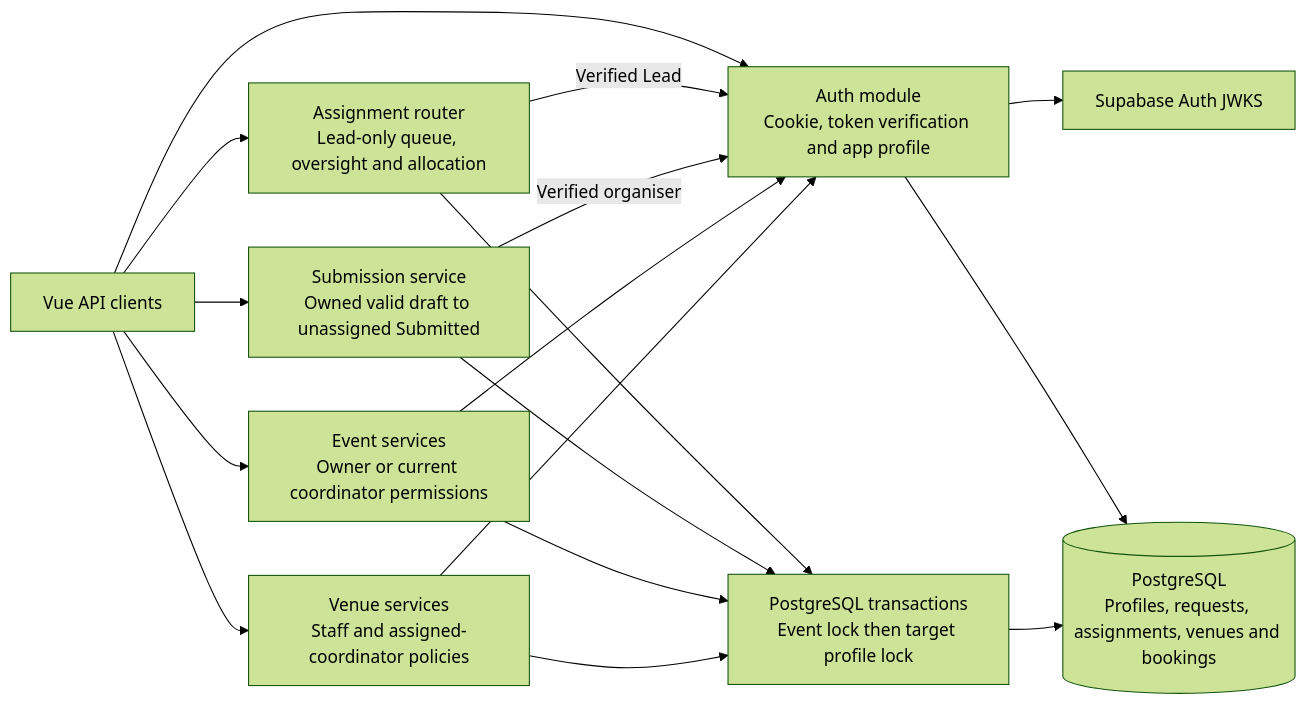
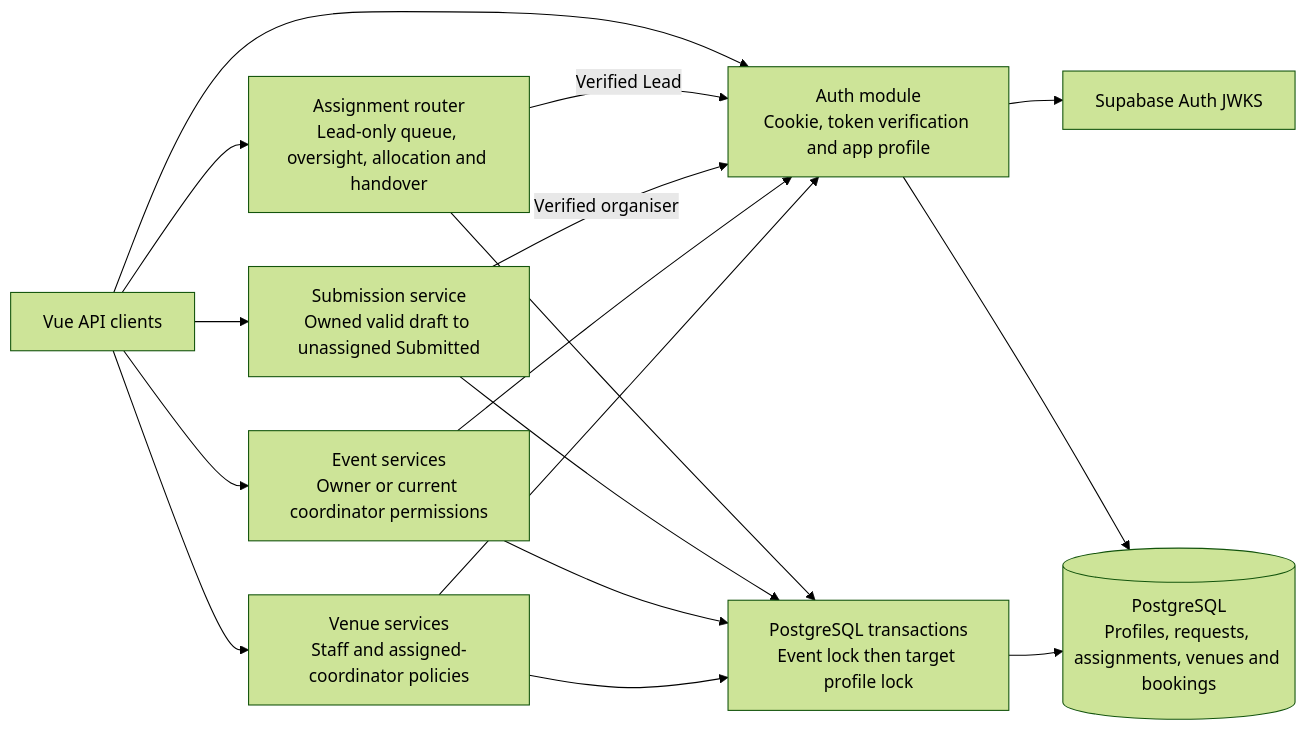
One commit to MochaLxtte/ConnectSphere changed the third of 7 diagrams in docs/architecture/README.md. Above: the diagram before and after it, drawn with Mermaid (forest theme). The commit also changed other lines of this file and 29 other files, not shown here.

````diff
--- a/docs/architecture/README.md
+++ b/docs/architecture/README.md
@@ -73,28 +75,28 @@
 ```mermaid
 flowchart LR
   browser["Vue API clients"]
   auth["Auth module<br/>Cookie, token verification and app profile"]
-  allocation["Assignment router<br/>Lead-only queue, oversight and allocation"]
+  allocation["Assignment router<br/>Lead-only queue, oversight, allocation and handover"]
   submit["Submission service<br/>Owned valid draft to unassigned Submitted"]
   events["Event services<br/>Owner or current coordinator permissions"]
   venues["Venue services<br/>Staff and assigned-coordinator policies"]
   transactions["PostgreSQL transactions<br/>Event lock then target profile lock"]
   identity["Supabase Auth JWKS"]
   db[("PostgreSQL<br/>Profiles, requests, assignments, venues and bookings")]
   browser --> auth
   auth --> identity
   auth --> db
   browser --> allocation
   browser --> submit
   browser --> events
   browser --> venues
   allocation -->|Verified Lead| auth
   submit -->|Verified organiser| auth
   events --> auth
   venues --> auth
   allocation --> transactions
   submit --> transactions
   events --> transactions
   venues --> transactions
   transactions --> db
 ```
````
